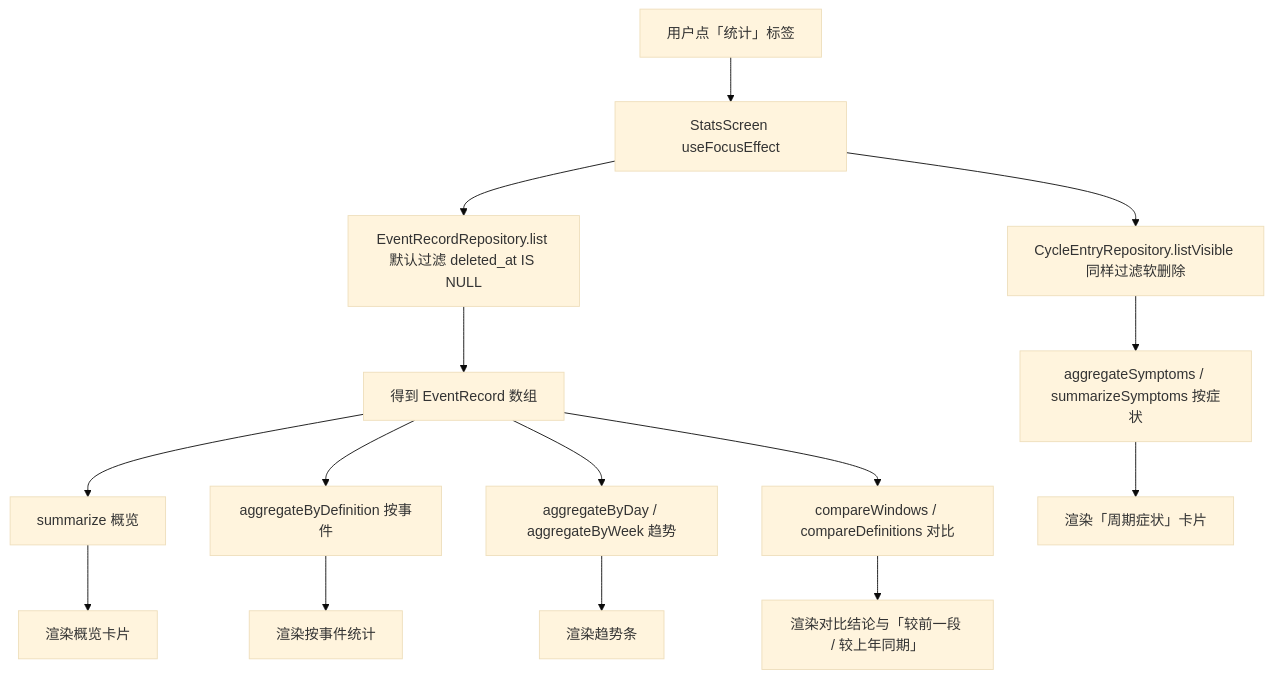
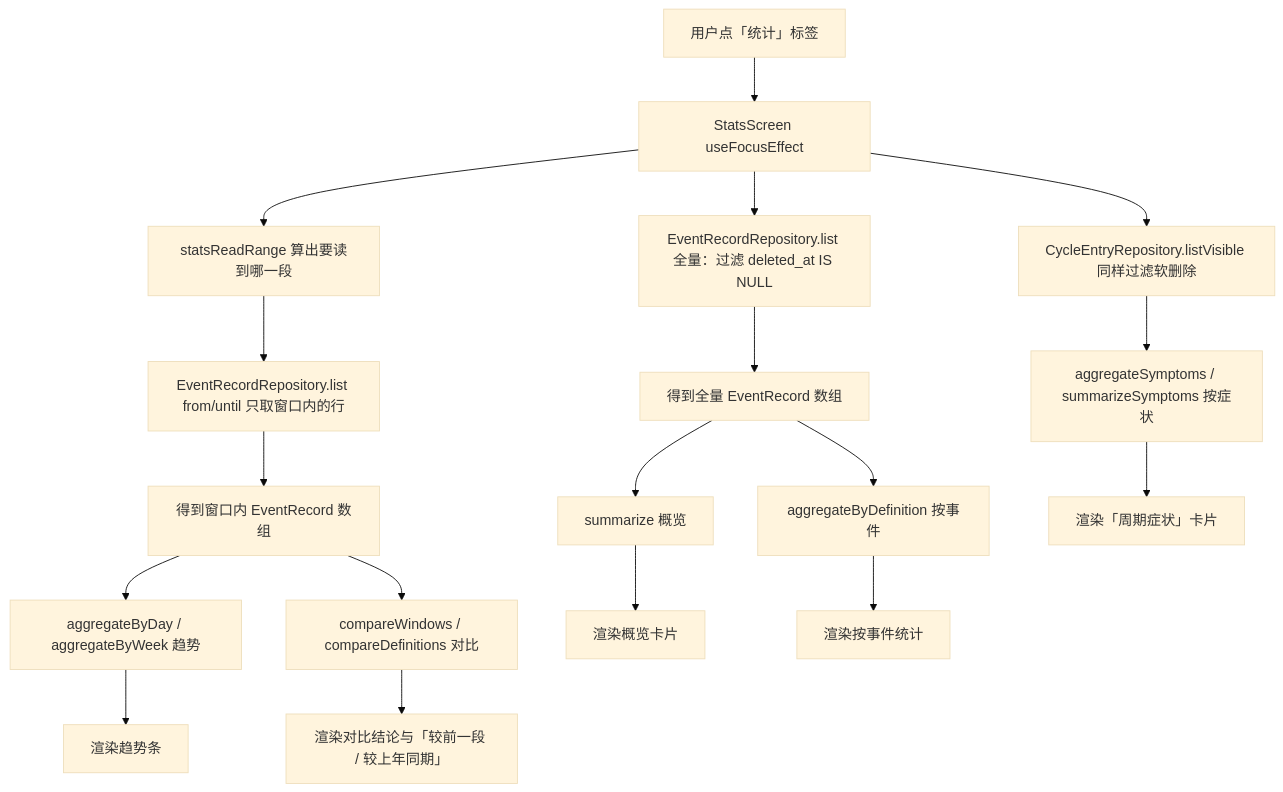
Before and after one commit to QinSa-Dev/LifeTrack: the diagram in docs/learning/12-statistics.md, drawn with Mermaid (base theme). The commit also changed other lines of this file and 4 other files, not shown here.

````diff
--- a/docs/learning/12-statistics.md
+++ b/docs/learning/12-statistics.md
@@ -480,17 +544,20 @@
 ```mermaid
 flowchart TD
   A[用户点「统计」标签] --> B[StatsScreen useFocusEffect]
-  B --> C[EventRecordRepository.list 默认过滤 deleted_at IS NULL]
+  B --> R[statsReadRange 算出要读到哪一段]
+  B --> C[EventRecordRepository.list 全量：过滤 deleted_at IS NULL]
+  R --> W[EventRecordRepository.list from/until 只取窗口内的行]
   B --> N[CycleEntryRepository.listVisible 同样过滤软删除]
-  C --> D[得到 EventRecord 数组]
+  C --> D[得到全量 EventRecord 数组]
+  W --> P[得到窗口内 EventRecord 数组]
   D --> E[summarize 概览]
   D --> F[aggregateByDefinition 按事件]
-  D --> G[aggregateByDay / aggregateByWeek 趋势]
-  D --> K[compareWindows / compareDefinitions 对比]
+  P --> G[aggregateByDay / aggregateByWeek 趋势]
+  P --> K[compareWindows / compareDefinitions 对比]
   N --> S[aggregateSymptoms / summarizeSymptoms 按症状]
   E --> H[渲染概览卡片]
   F --> I[渲染按事件统计]
   G --> J[渲染趋势条]
   K --> L[渲染对比结论与「较前一段 / 较上年同期」]
   S --> M[渲染「周期症状」卡片]
 ```
````
